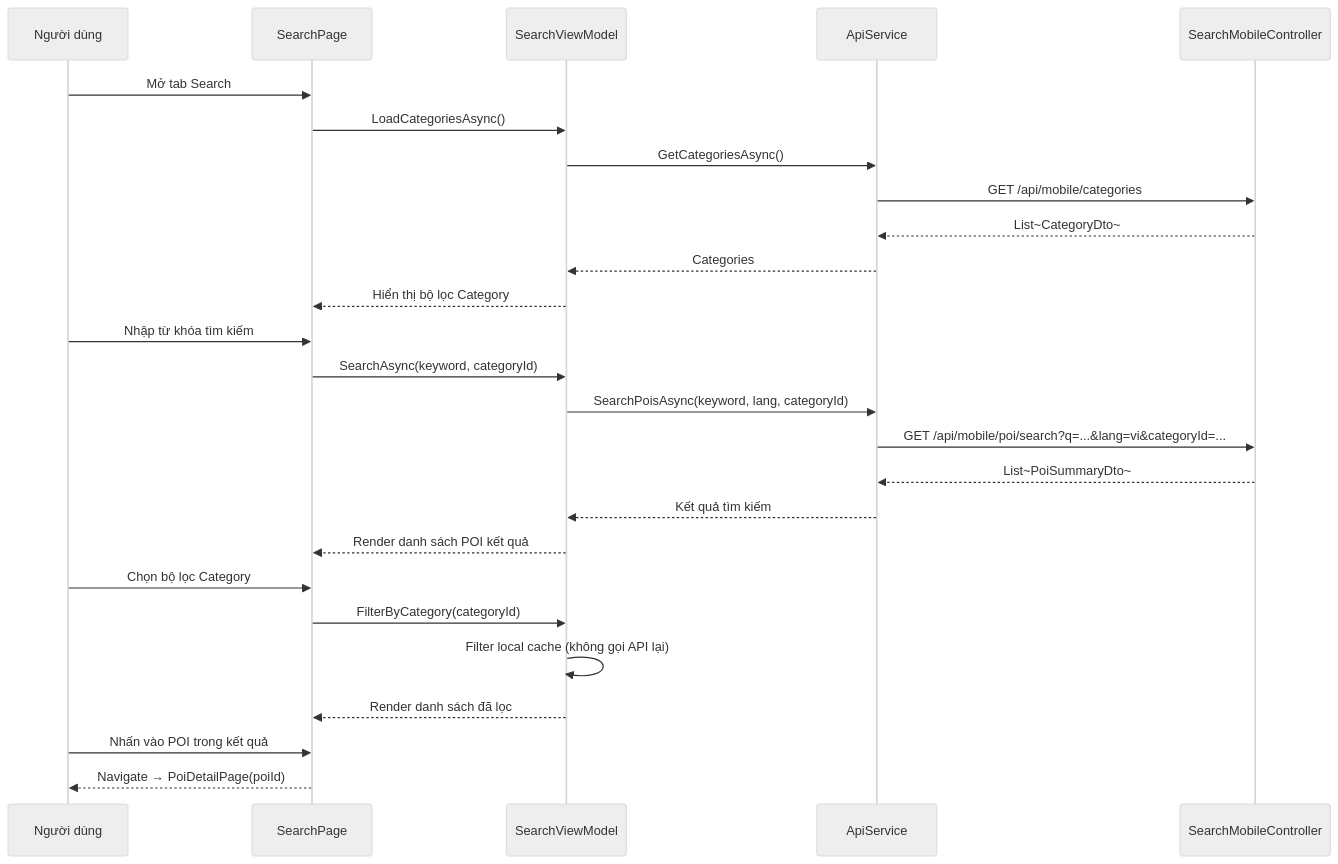
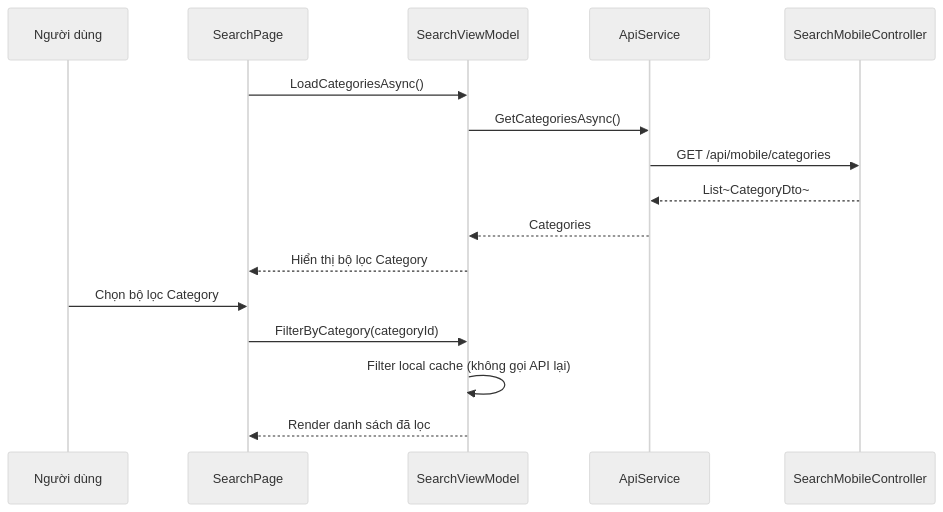
Before and after one commit to AudioGo-Project/AudioGo: diagram 15 of 46 in PRD.md, drawn with Mermaid (neutral theme). The commit also changed other lines of this file, not shown here.

Commit message:
docs: Split Mobile sequence diagrams by UC and add POI priority logic in Geofence sequence

````diff
--- a/PRD.md
+++ b/PRD.md
@@ -1735,32 +1019,20 @@
 ```mermaid
 sequenceDiagram
     participant MobileUser as Người dùng
     participant SearchPage
     participant SearchVM as SearchViewModel
     participant API as ApiService
     participant Backend as SearchMobileController
 
-    MobileUser ->> SearchPage: Mở tab Search
     SearchPage ->> SearchVM: LoadCategoriesAsync()
     SearchVM ->> API: GetCategoriesAsync()
     API ->> Backend: GET /api/mobile/categories
     Backend -->> API: List~CategoryDto~
     API -->> SearchVM: Categories
     SearchVM -->> SearchPage: Hiển thị bộ lọc Category
 
-    MobileUser ->> SearchPage: Nhập từ khóa tìm kiếm
-    SearchPage ->> SearchVM: SearchAsync(keyword, categoryId)
-    SearchVM ->> API: SearchPoisAsync(keyword, lang, categoryId)
-    API ->> Backend: GET /api/mobile/poi/search?q=...&lang=vi&categoryId=...
-    Backend -->> API: List~PoiSummaryDto~
-    API -->> SearchVM: Kết quả tìm kiếm
-    SearchVM -->> SearchPage: Render danh sách POI kết quả
-
     MobileUser ->> SearchPage: Chọn bộ lọc Category
     SearchPage ->> SearchVM: FilterByCategory(categoryId)
     SearchVM ->> SearchVM: Filter local cache (không gọi API lại)
     SearchVM -->> SearchPage: Render danh sách đã lọc
-
-    MobileUser ->> SearchPage: Nhấn vào POI trong kết quả
-    SearchPage -->> MobileUser: Navigate → PoiDetailPage(poiId)
 ```
````
